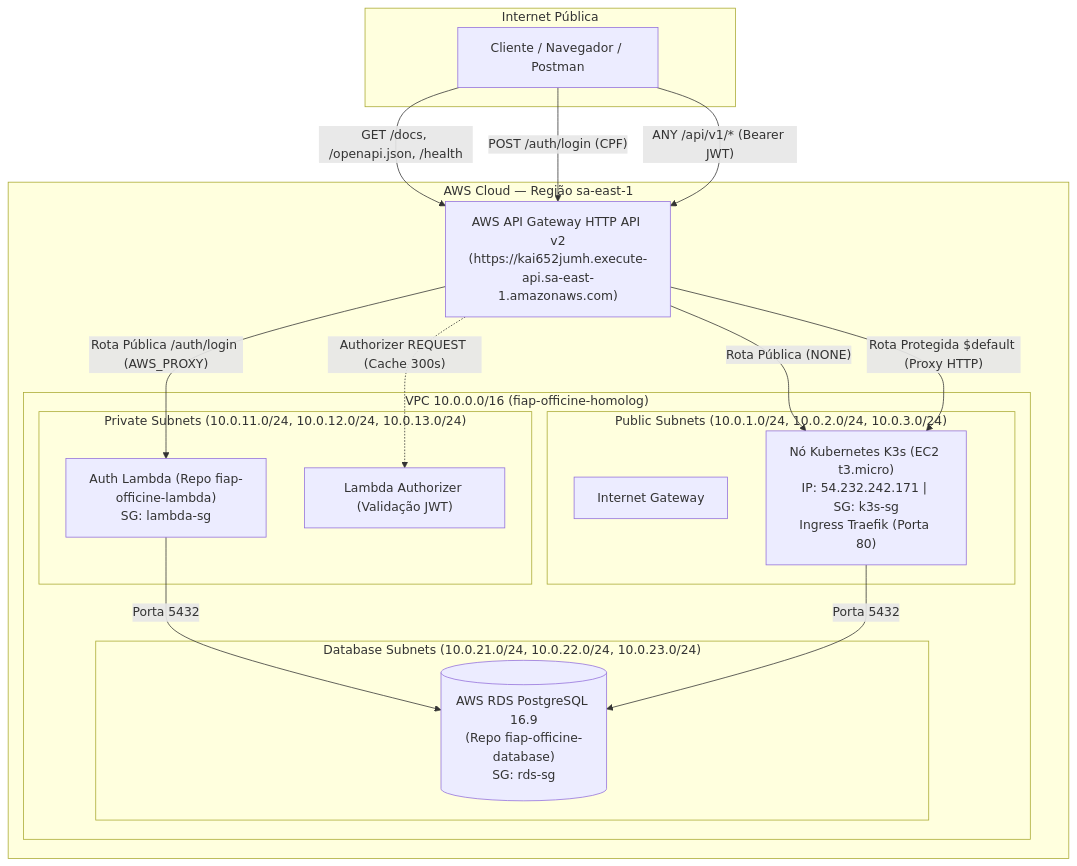
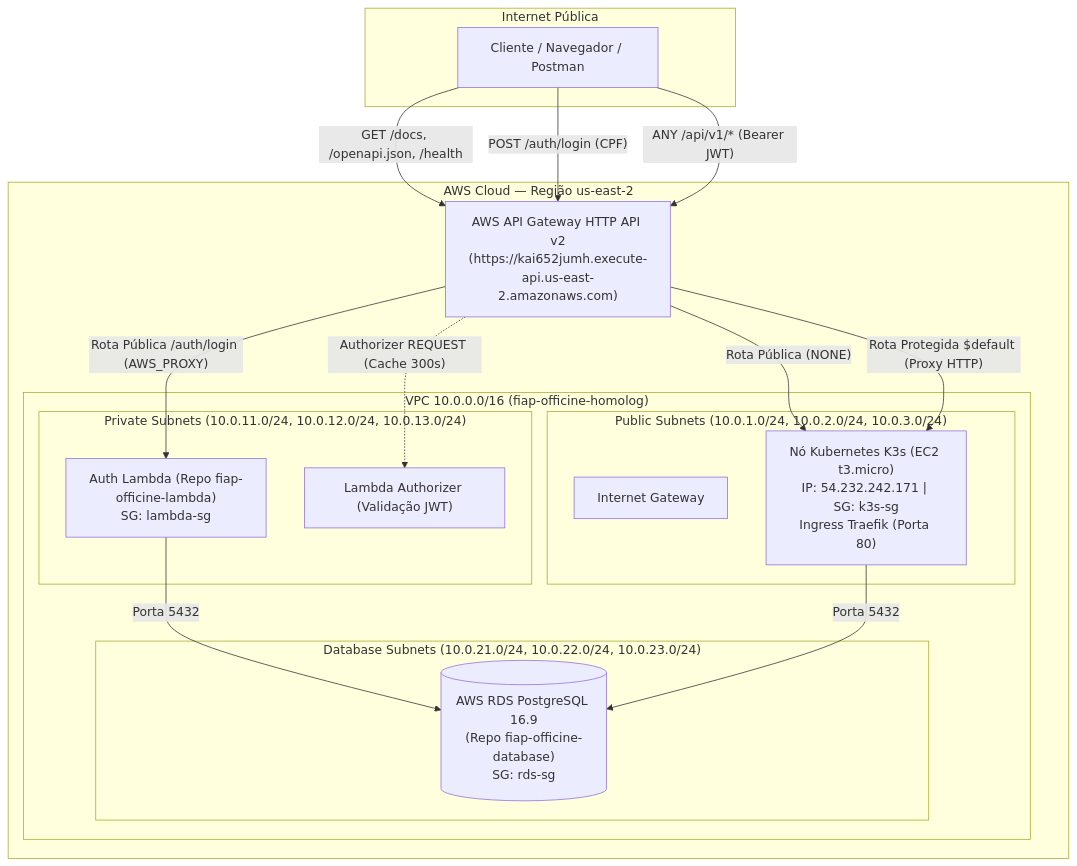
Before and after one commit to fiap-officine/fiap-officine-kubernets: the diagram in README.md, drawn with Mermaid. The commit also changed other lines of this file and 6 other files, not shown here.

First line of the commit message:
chore: região us-east-2 (Ohio)

````diff
--- a/README.md
+++ b/README.md
@@ -67,41 +67,41 @@
 ```mermaid
 graph TD
     subgraph INTERNET["Internet Pública"]
         CLIENT["Cliente / Navegador / Postman"]
     end
 
-    subgraph AWS_CLOUD["AWS Cloud — Região sa-east-1"]
-        APIGW["AWS API Gateway HTTP API v2\n(https://kai652jumh.execute-api.sa-east-1.amazonaws.com)"]
+    subgraph AWS_CLOUD["AWS Cloud — Região us-east-2"]
+        APIGW["AWS API Gateway HTTP API v2\n(https://kai652jumh.execute-api.us-east-2.amazonaws.com)"]
 
         subgraph VPC["VPC 10.0.0.0/16 (fiap-officine-homolog)"]
             subgraph PUBLIC_SUBNETS["Public Subnets (10.0.1.0/24, 10.0.2.0/24, 10.0.3.0/24)"]
                 IGW["Internet Gateway"]
                 K3S["Nó Kubernetes K3s (EC2 t3.micro)\nIP: 54.232.242.171 | SG: k3s-sg\nIngress Traefik (Porta 80)"]
             end
 
             subgraph PRIVATE_SUBNETS["Private Subnets (10.0.11.0/24, 10.0.12.0/24, 10.0.13.0/24)"]
                 LAMBDA_AUTH["Auth Lambda (Repo fiap-officine-lambda)\nSG: lambda-sg"]
                 LAMBDA_AUTHZ["Lambda Authorizer (Validação JWT)"]
             end
 
             subgraph DATABASE_SUBNETS["Database Subnets (10.0.21.0/24, 10.0.22.0/24, 10.0.23.0/24)"]
                 RDS[("AWS RDS PostgreSQL 16.9\n(Repo fiap-officine-database)\nSG: rds-sg")]
             end
         end
     end
 
     %% Rotas do API Gateway
     CLIENT -->|"GET /docs, /openapi.json, /health"| APIGW
     CLIENT -->|"POST /auth/login (CPF)"| APIGW
     CLIENT -->|"ANY /api/v1/* (Bearer JWT)"| APIGW
 
     %% Roteamentos
     APIGW -->|"Rota Pública (NONE)"| K3S
     APIGW -->|"Rota Pública /auth/login (AWS_PROXY)"| LAMBDA_AUTH
     APIGW -.->|"Authorizer REQUEST (Cache 300s)"| LAMBDA_AUTHZ
     APIGW -->|"Rota Protegida $default (Proxy HTTP)"| K3S
 
     %% Conectividade interna
     LAMBDA_AUTH -->|"Porta 5432"| RDS
     K3S -->|"Porta 5432"| RDS
 ```
````
